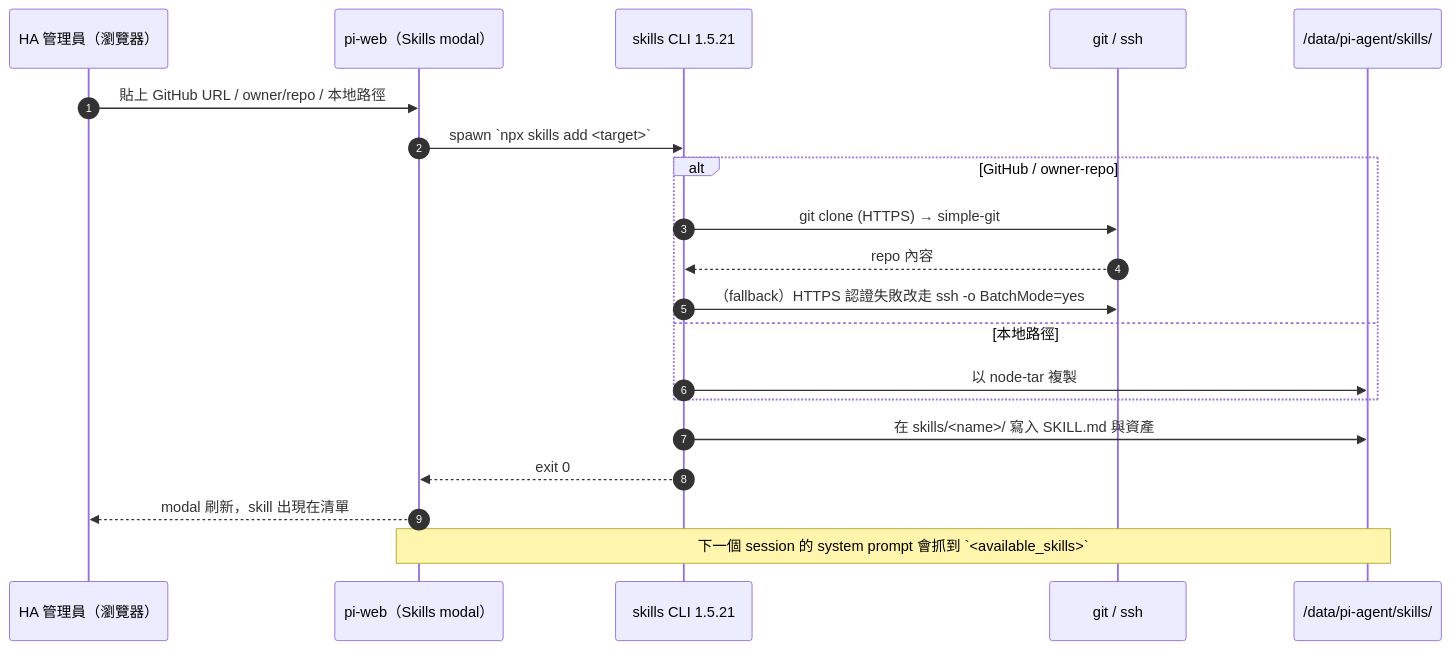
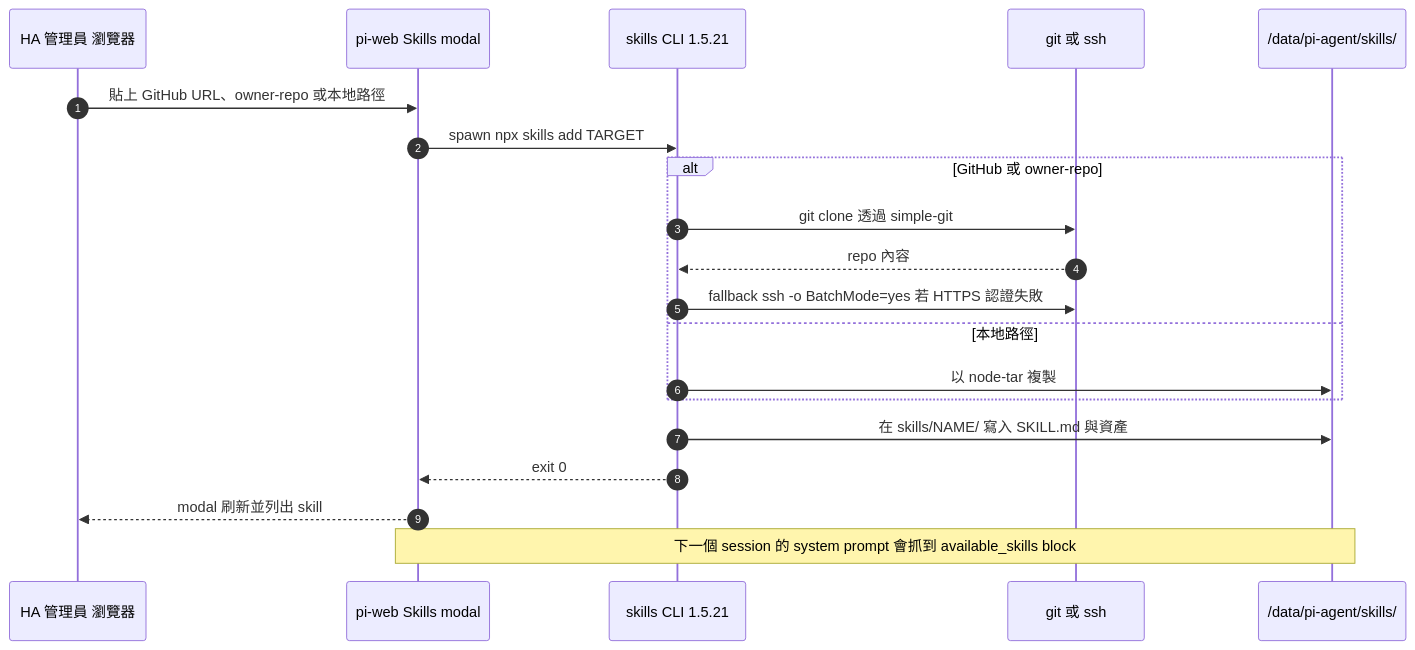
The second of 3 diagrams in README_zh-TW.md (WOOWTECH/Woow_ha_pi_agent_add_on), drawn with Mermaid before and after one commit. The commit also changed 1 other file, not shown here.

Commit message:
docs: fix Mermaid sequence-diagram parse error on GitHub
GitHub's Mermaid parser choked on the skill-install sequenceDiagram
because message text contained `;` (treated as statement separator) and
`<target>` / `<name>` / `<available_skills>` (angle brackets parsed as
part of arrow syntax). Both README.md and README_zh-TW.md updated to
drop semicolons in messages and rewrite angle-bracketed placeholders as
TARGET / NAME / available_skills without markup. Content unchanged.

````diff
--- a/README_zh-TW.md
+++ b/README_zh-TW.md
@@ -108,22 +108,22 @@
 ```mermaid
 sequenceDiagram
     autonumber
-    participant U as HA 管理員（瀏覽器）
-    participant W as pi-web（Skills modal）
+    participant U as HA 管理員 瀏覽器
+    participant W as pi-web Skills modal
     participant S as skills CLI 1.5.21
-    participant G as git / ssh
+    participant G as git 或 ssh
     participant D as /data/pi-agent/skills/
-    U->>W: 貼上 GitHub URL / owner/repo / 本地路徑
-    W->>S: spawn `npx skills add <target>`
-    alt GitHub / owner-repo
-        S->>G: git clone (HTTPS) → simple-git
+    U->>W: 貼上 GitHub URL、owner-repo 或本地路徑
+    W->>S: spawn npx skills add TARGET
+    alt GitHub 或 owner-repo
+        S->>G: git clone 透過 simple-git
         G-->>S: repo 內容
-        S->>G: （fallback）HTTPS 認證失敗改走 ssh -o BatchMode=yes
+        S->>G: fallback ssh -o BatchMode=yes 若 HTTPS 認證失敗
     else 本地路徑
         S->>D: 以 node-tar 複製
     end
-    S->>D: 在 skills/<name>/ 寫入 SKILL.md 與資產
+    S->>D: 在 skills/NAME/ 寫入 SKILL.md 與資產
     S-->>W: exit 0
-    W-->>U: modal 刷新，skill 出現在清單
-    Note over W,D: 下一個 session 的 system prompt 會抓到 `<available_skills>`
+    W-->>U: modal 刷新並列出 skill
+    Note over W,D: 下一個 session 的 system prompt 會抓到 available_skills block
 ```
````
